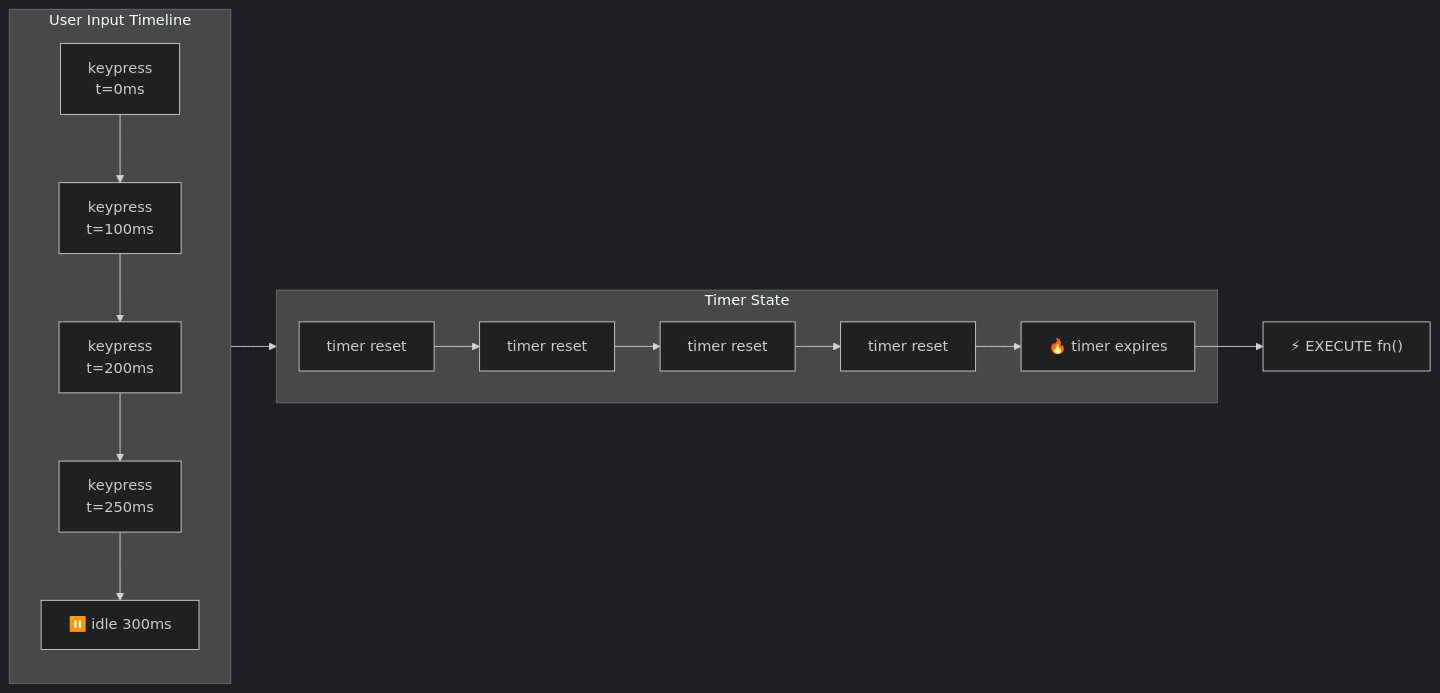
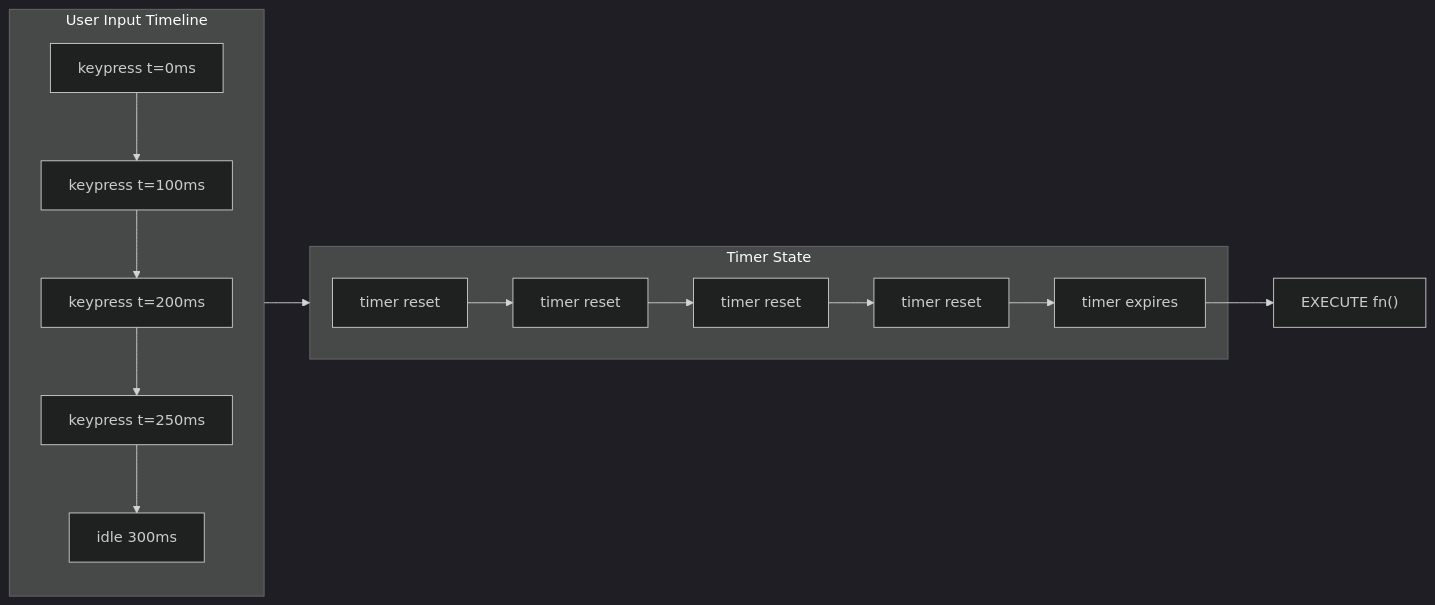
The first of 3 diagrams in packages/content/content/28-javascript-coding-problems.mdx (ashishxcode/frontend-internals), drawn with Mermaid (dark theme) before and after one commit. The commit also changed other lines of this file and 29 other files, not shown here.

Commit message:
rewrite: roadmap engineer-to-engineer + all 34 chapters new spec

````diff
--- a/packages/content/content/28-javascript-coding-problems.mdx
+++ b/packages/content/content/28-javascript-coding-problems.mdx
@@ -61,19 +44,17 @@
 ```mermaid
 flowchart LR
   subgraph Input["User Input Timeline"]
-    K1["keypress<br/>t=0ms"] --> K2["keypress<br/>t=100ms"]
-    K2 --> K3["keypress<br/>t=200ms"]
-    K3 --> K4["keypress<br/>t=250ms"]
-    K4 --> Idle["⏸️ idle 300ms"]
+    K1["keypress t=0ms"] --> K2["keypress t=100ms"]
+    K2 --> K3["keypress t=200ms"]
+    K3 --> K4["keypress t=250ms"]
+    K4 --> Idle["idle 300ms"]
   end
-
   subgraph Timer["Timer State"]
     T1["timer reset"] --> T2["timer reset"]
     T2 --> T3["timer reset"]
     T3 --> T4["timer reset"]
-    T4 --> Fire["🔥 timer expires"]
+    T4 --> Fire["timer expires"]
   end
-
   Input --> Timer
-  Fire --> Execute["⚡ EXECUTE fn()"]
+  Fire --> Execute["EXECUTE fn()"]
 ```
````
